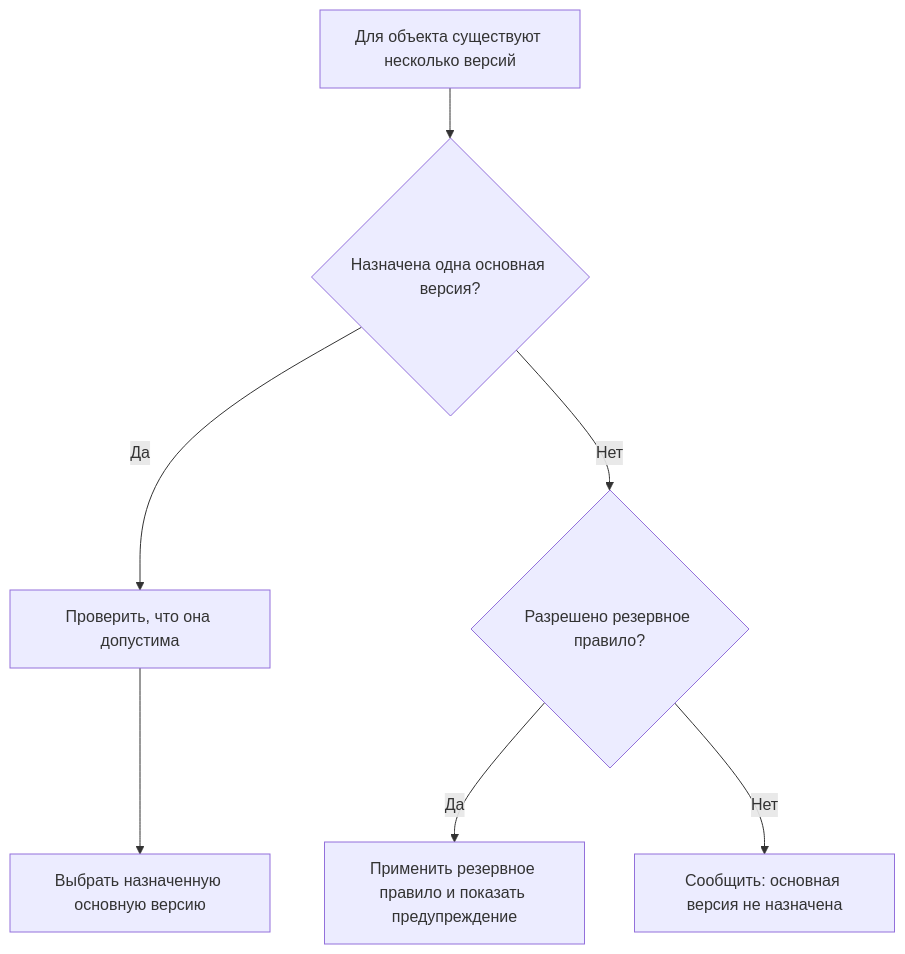
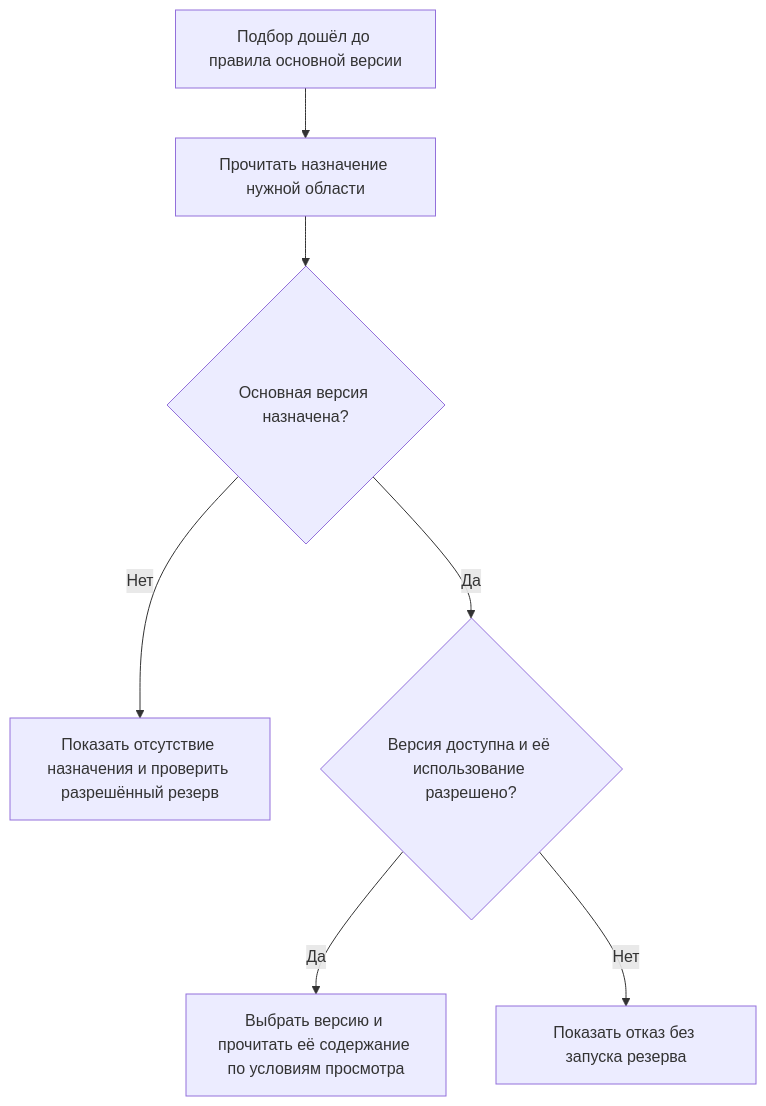
Before and after one commit to ZelAnton/Interlink-product-book: the diagram in docs/version-selection/06-base-version-current.md, drawn with Mermaid. The commit also changed other lines of this file and 231 other files, not shown here.

````diff
--- a/docs/version-selection/06-base-version-current.md
+++ b/docs/version-selection/06-base-version-current.md
@@ -44,9 +29,9 @@
 ```mermaid
 flowchart TD
-    A["Для объекта существуют несколько версий"] --> B{"Назначена одна основная версия?"}
-    B -->|Да| C["Проверить, что она допустима"]
-    C --> D["Выбрать назначенную основную версию"]
-    B -->|Нет| E{"Разрешено резервное правило?"}
-    E -->|Да| F["Применить резервное правило и показать предупреждение"]
-    E -->|Нет| G["Сообщить: основная версия не назначена"]
+    A["Подбор дошёл до правила основной версии"] --> B["Прочитать назначение нужной области"]
+    B --> C{"Основная версия назначена?"}
+    C -->|Нет| F["Показать отсутствие назначения и проверить разрешённый резерв"]
+    C -->|Да| D{"Версия доступна и её использование разрешено?"}
+    D -->|Да| E["Выбрать версию и прочитать её содержание по условиям просмотра"]
+    D -->|Нет| G["Показать отказ без запуска резерва"]
 ```
````
